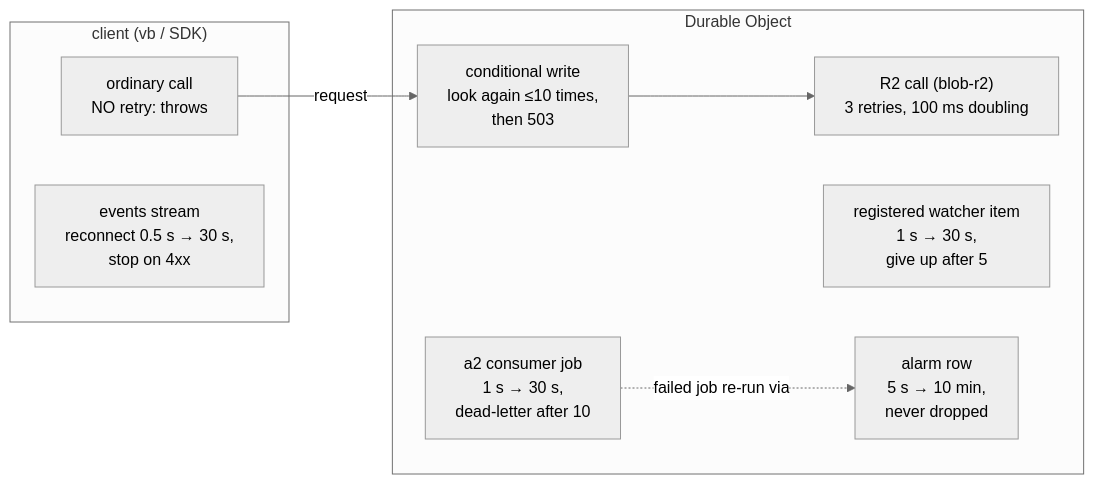
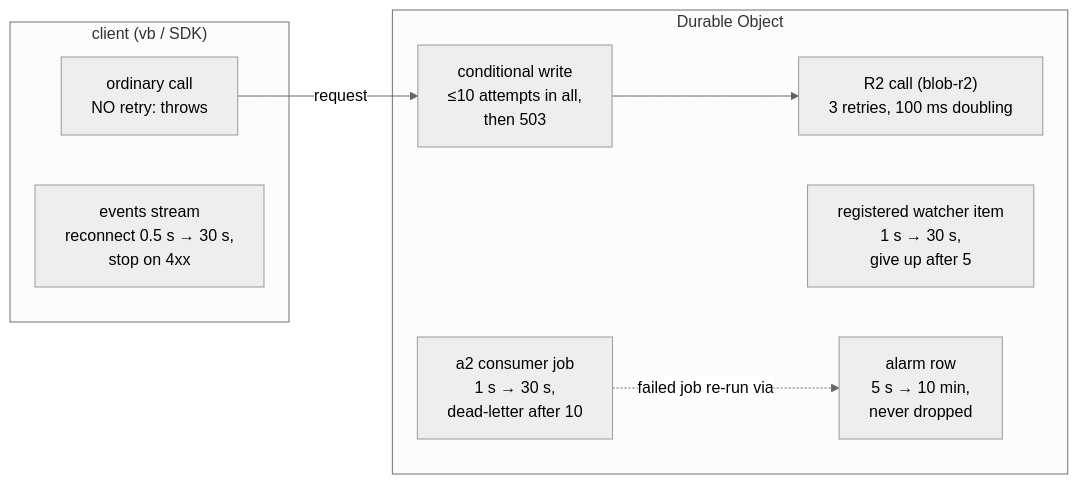
Before and after one commit to pruett/board: the diagram in docs/architecture/06-retries.md, drawn with Mermaid (neutral theme). The commit also changed other lines of this file and 2 other files, not shown here.

Commit message:
docs/architecture: fix block fencing, retry counts, needs_changed and a broken anchor (review)

````diff
--- a/docs/architecture/06-retries.md
+++ b/docs/architecture/06-retries.md
@@ -5,17 +5,17 @@
 ```mermaid
 flowchart LR
   subgraph Client["client (vb / SDK)"]
     C1["ordinary call<br/>NO retry: throws"]
     C2["events stream<br/>reconnect 0.5 s → 30 s,<br/>stop on 4xx"]
   end
   subgraph Object["Durable Object"]
-    B1["conditional write<br/>look again ≤10 times,<br/>then 503"]
+    B1["conditional write<br/>≤10 attempts in all,<br/>then 503"]
     R2["R2 call (blob-r2)<br/>3 retries, 100 ms doubling"]
     A2["a2 consumer job<br/>1 s → 30 s,<br/>dead-letter after 10"]
     WR["registered watcher item<br/>1 s → 30 s,<br/>give up after 5"]
     AL["alarm row<br/>5 s → 10 min,<br/>never dropped"]
   end
   C1 -->|request| B1
   B1 --> R2
   A2 -. failed job re-run via .-> AL
 ```
````
